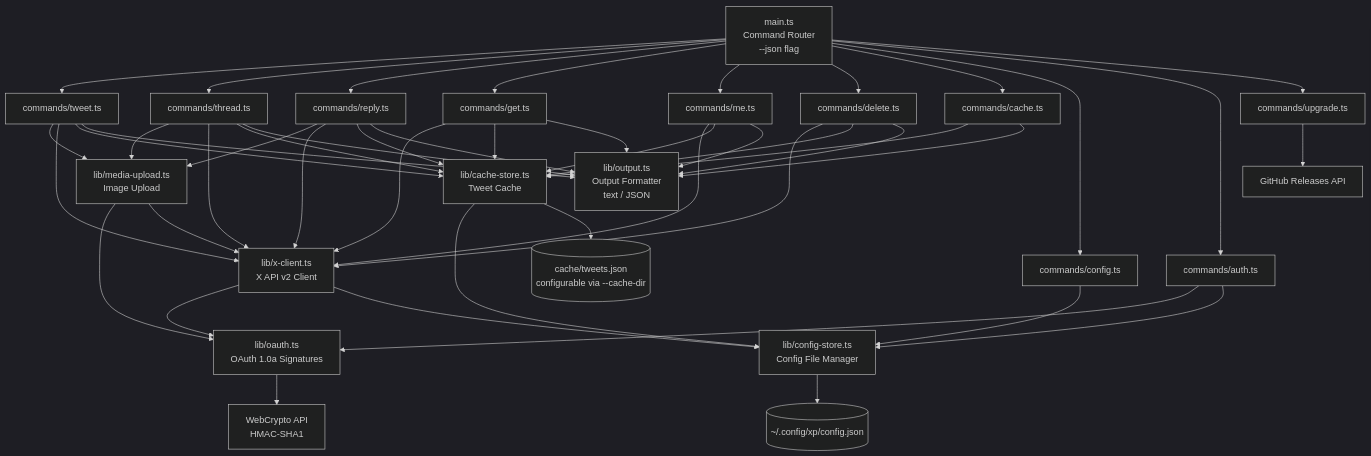
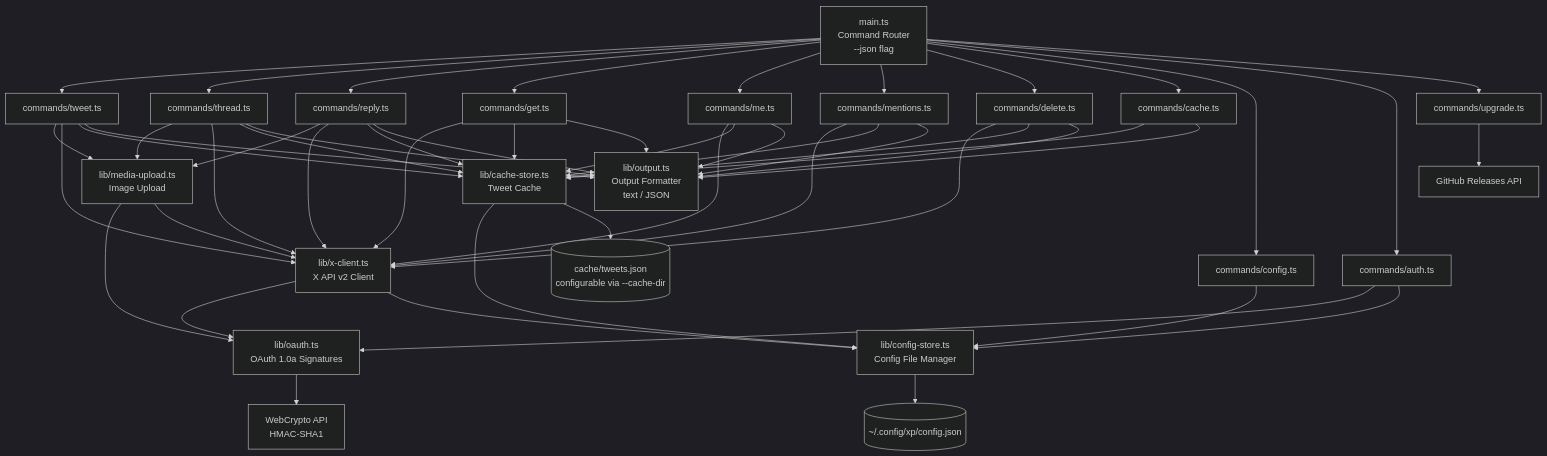
Before and after one commit to tawachan/xp: the fourth of 4 diagrams in README.md, drawn with Mermaid (dark theme). The commit also changed other lines of this file and 8 other files, not shown here.

````diff
--- a/README.md
+++ b/README.md
@@ -317,56 +331,60 @@
 ```mermaid
 graph TD
     A[main.ts<br/>Command Router<br/>--json flag] --> B[commands/tweet.ts]
     A --> C[commands/thread.ts]
     A --> R[commands/reply.ts]
     A --> GT[commands/get.ts]
     A --> M[commands/me.ts]
+    A --> MN[commands/mentions.ts]
     A --> D[commands/delete.ts]
     A --> CA[commands/cache.ts]
     A --> E[commands/config.ts]
     A --> F[commands/auth.ts]
     A --> U[commands/upgrade.ts]
 
     B --> MU[lib/media-upload.ts<br/>Image Upload]
     C --> MU
     R --> MU
 
     B --> G[lib/x-client.ts<br/>X API v2 Client]
     C --> G
     R --> G
     GT --> G
     M --> G
+    MN --> G
     D --> G
     F --> H[lib/oauth.ts<br/>OAuth 1.0a Signatures]
 
     MU --> H
     MU --> G
 
     G --> H
     G --> I[lib/config-store.ts<br/>Config File Manager]
     F --> I
     E --> I
 
     GT --> CS[lib/cache-store.ts<br/>Tweet Cache]
     M --> CS
+    MN --> CS
     B --> CS
     C --> CS
     R --> CS
     D --> CS
     CA --> CS
 
     CS --> I
 
     B --> J[lib/output.ts<br/>Output Formatter<br/>text / JSON]
     C --> J
     R --> J
     GT --> J
     M --> J
+    MN --> J
     D --> J
     CA --> J
 
     I --> K[(~/.config/xp/config.json)]
     CS --> KCS[(cache/tweets.json<br/>configurable via --cache-dir)]
     H --> L[WebCrypto API<br/>HMAC-SHA1]
     U --> GH[GitHub Releases API]
 ```
````
